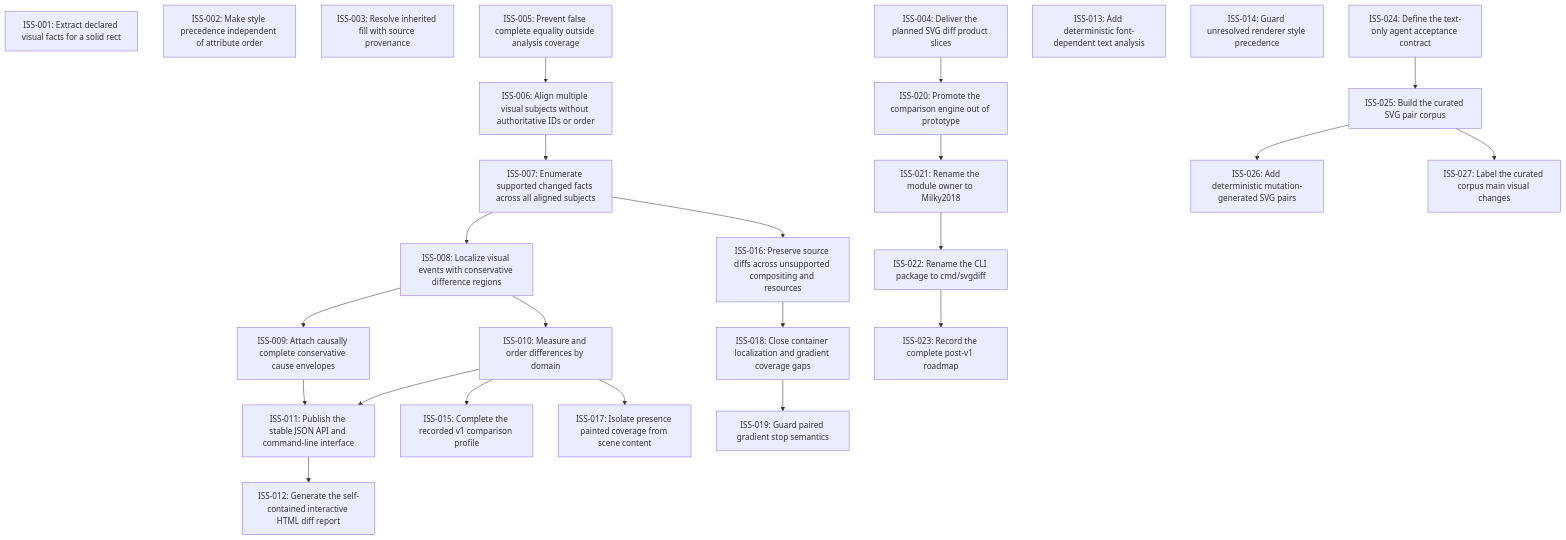
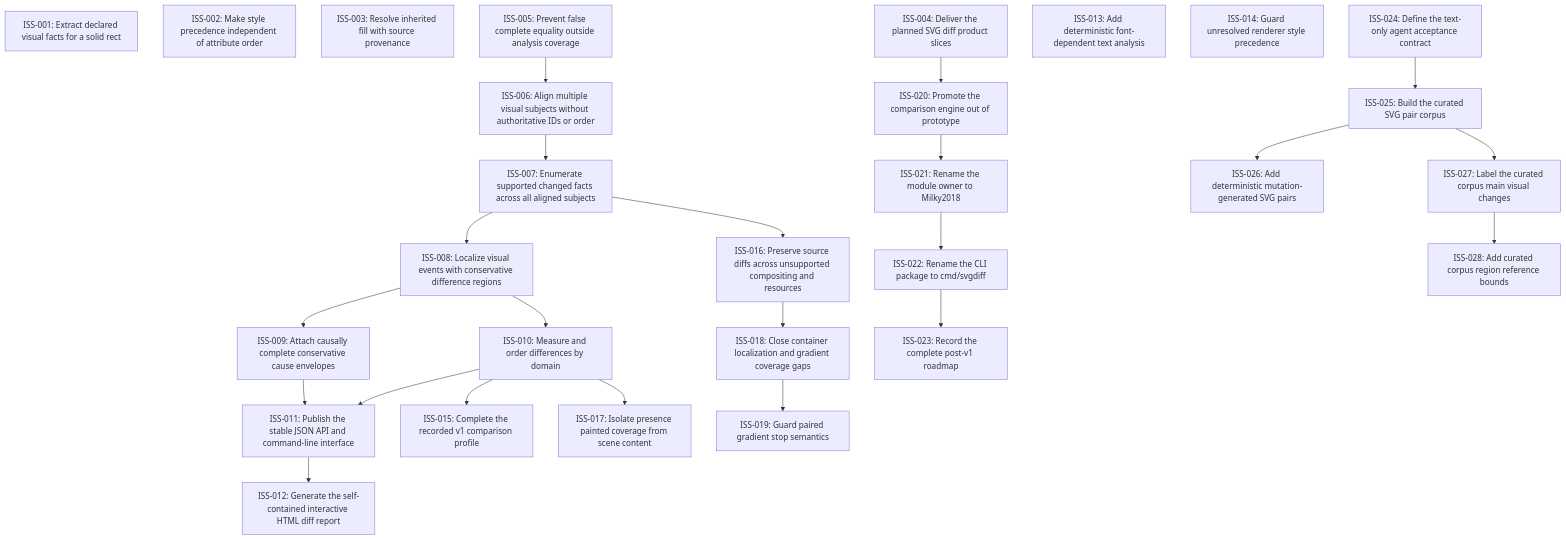
The diagram in issues/README.md (moonbit-community/svgdiff), drawn with Mermaid before and after one commit. The commit also changed 5 other files, not shown here.

Commit message:
Add curated corpus region references

````diff
--- a/issues/README.md
+++ b/issues/README.md
@@ -18,50 +18,52 @@
 ```mermaid
 graph TD
   ISS_001["ISS-001: Extract declared visual facts for a solid rect"]
   ISS_002["ISS-002: Make style precedence independent of attribute order"]
   ISS_003["ISS-003: Resolve inherited fill with source provenance"]
   ISS_004["ISS-004: Deliver the planned SVG diff product slices"]
   ISS_005["ISS-005: Prevent false complete equality outside analysis coverage"]
   ISS_006["ISS-006: Align multiple visual subjects without authoritative IDs or order"]
   ISS_007["ISS-007: Enumerate supported changed facts across all aligned subjects"]
   ISS_008["ISS-008: Localize visual events with conservative difference regions"]
   ISS_009["ISS-009: Attach causally complete conservative cause envelopes"]
   ISS_010["ISS-010: Measure and order differences by domain"]
   ISS_011["ISS-011: Publish the stable JSON API and command-line interface"]
   ISS_012["ISS-012: Generate the self-contained interactive HTML diff report"]
   ISS_013["ISS-013: Add deterministic font-dependent text analysis"]
   ISS_014["ISS-014: Guard unresolved renderer style precedence"]
   ISS_015["ISS-015: Complete the recorded v1 comparison profile"]
   ISS_016["ISS-016: Preserve source diffs across unsupported compositing and resources"]
   ISS_017["ISS-017: Isolate presence painted coverage from scene content"]
   ISS_018["ISS-018: Close container localization and gradient coverage gaps"]
   ISS_019["ISS-019: Guard paired gradient stop semantics"]
   ISS_020["ISS-020: Promote the comparison engine out of prototype"]
   ISS_021["ISS-021: Rename the module owner to Milky2018"]
   ISS_022["ISS-022: Rename the CLI package to cmd/svgdiff"]
   ISS_023["ISS-023: Record the complete post-v1 roadmap"]
   ISS_024["ISS-024: Define the text-only agent acceptance contract"]
   ISS_025["ISS-025: Build the curated SVG pair corpus"]
   ISS_026["ISS-026: Add deterministic mutation-generated SVG pairs"]
   ISS_027["ISS-027: Label the curated corpus main visual changes"]
+  ISS_028["ISS-028: Add curated corpus region reference bounds"]
   ISS_005 --> ISS_006
   ISS_006 --> ISS_007
   ISS_007 --> ISS_008
   ISS_008 --> ISS_009
   ISS_008 --> ISS_010
   ISS_009 --> ISS_011
   ISS_010 --> ISS_011
   ISS_011 --> ISS_012
   ISS_010 --> ISS_015
   ISS_007 --> ISS_016
   ISS_010 --> ISS_017
   ISS_016 --> ISS_018
   ISS_018 --> ISS_019
   ISS_004 --> ISS_020
   ISS_020 --> ISS_021
   ISS_021 --> ISS_022
   ISS_022 --> ISS_023
   ISS_024 --> ISS_025
   ISS_025 --> ISS_026
   ISS_025 --> ISS_027
+  ISS_027 --> ISS_028
 ```
````
